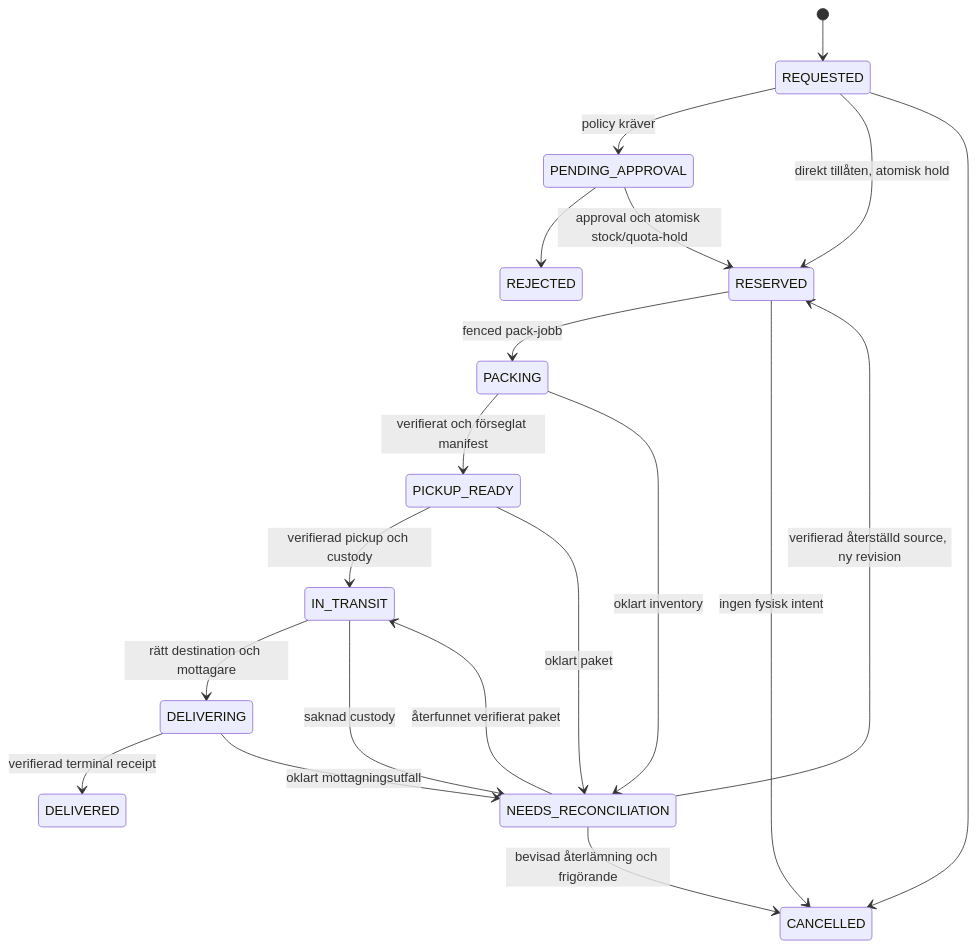
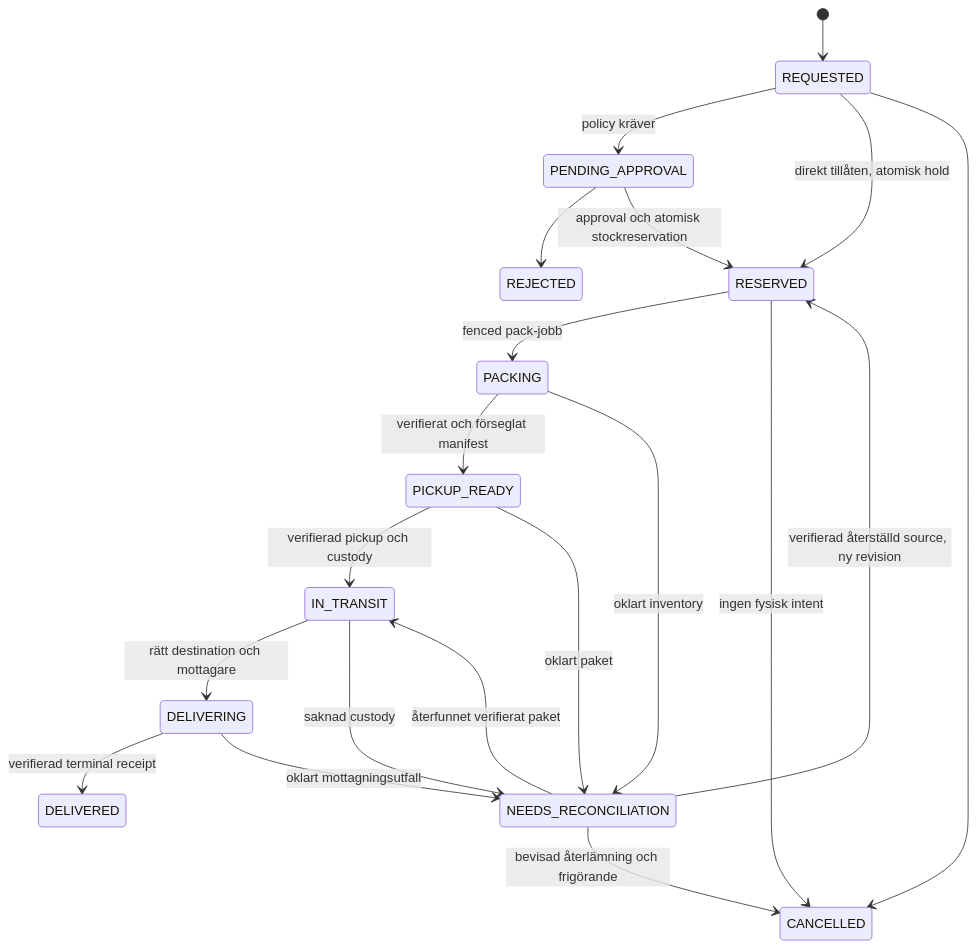
One commit to Crispy-Monke-eSports/WeSort changed the diagram in docs/MANAGER_CONTRACTS.md. Above: the diagram before and after it, drawn with Mermaid. The commit also changed other lines of this file and 51 other files, not shown here.

````diff
--- a/docs/MANAGER_CONTRACTS.md
+++ b/docs/MANAGER_CONTRACTS.md
@@ -28,22 +28,22 @@
 ```mermaid
 stateDiagram-v2
   [*] --> REQUESTED
   REQUESTED --> PENDING_APPROVAL: policy kräver
   PENDING_APPROVAL --> REJECTED
-  PENDING_APPROVAL --> RESERVED: approval och atomisk stock/quota-hold
+  PENDING_APPROVAL --> RESERVED: approval och atomisk stockreservation
   REQUESTED --> RESERVED: direkt tillåten, atomisk hold
   RESERVED --> PACKING: fenced pack-jobb
   PACKING --> PICKUP_READY: verifierat och förseglat manifest
   PICKUP_READY --> IN_TRANSIT: verifierad pickup och custody
   IN_TRANSIT --> DELIVERING: rätt destination och mottagare
   DELIVERING --> DELIVERED: verifierad terminal receipt
   REQUESTED --> CANCELLED
   RESERVED --> CANCELLED: ingen fysisk intent
   PACKING --> NEEDS_RECONCILIATION: oklart inventory
   PICKUP_READY --> NEEDS_RECONCILIATION: oklart paket
   IN_TRANSIT --> NEEDS_RECONCILIATION: saknad custody
   DELIVERING --> NEEDS_RECONCILIATION: oklart mottagningsutfall
   NEEDS_RECONCILIATION --> RESERVED: verifierad återställd source, ny revision
   NEEDS_RECONCILIATION --> IN_TRANSIT: återfunnet verifierat paket
   NEEDS_RECONCILIATION --> CANCELLED: bevisad återlämning och frigörande
 ```
````
